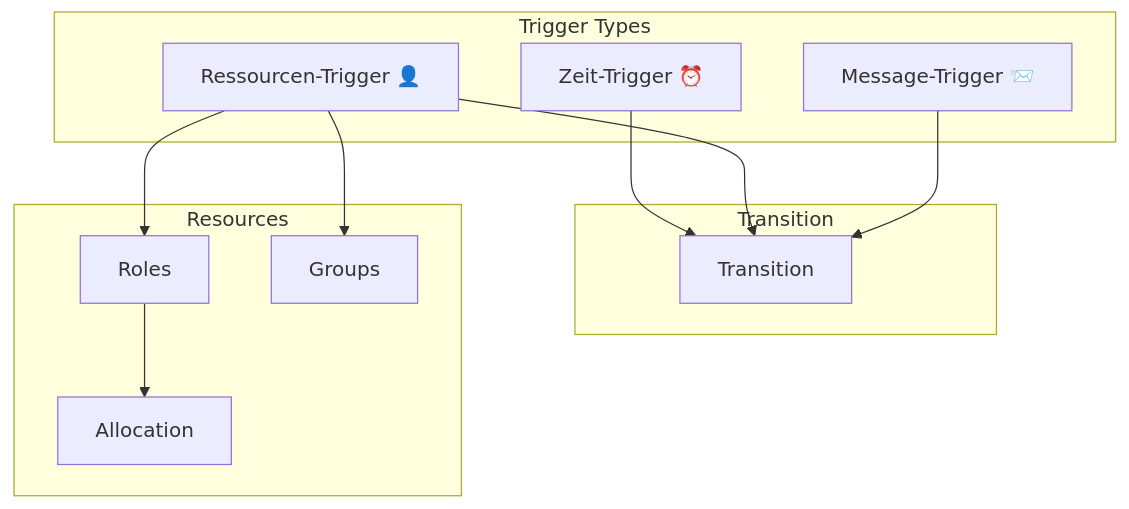
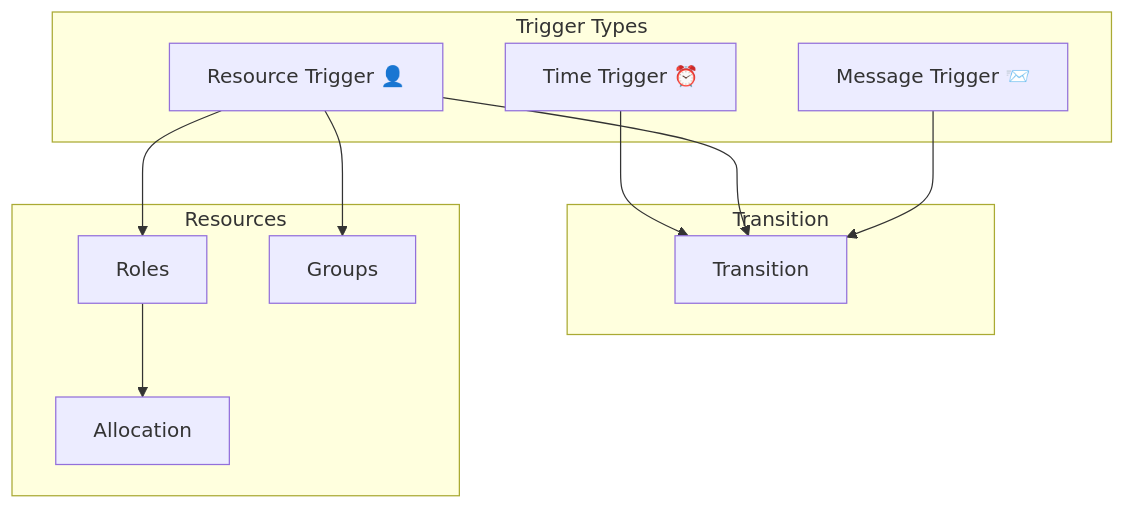
One commit to woped/woped-next changed the first of 4 diagrams in docs/migration/11-triggers-resources.md. Above: the diagram before and after it, drawn with Mermaid. The commit also changed other lines of this file and 24 other files, not shown here.

````diff
--- a/docs/migration/11-triggers-resources.md
+++ b/docs/migration/11-triggers-resources.md
@@ -7,25 +7,25 @@
 ```mermaid
 graph TD
     subgraph Trigger Types
-        TIME[Zeit-Trigger ⏰]
-        RES[Ressourcen-Trigger 👤]
-        MSG[Message-Trigger 📨]
+        TIME[Time Trigger ⏰]
+        RES[Resource Trigger 👤]
+        MSG[Message Trigger 📨]
     end
     
     subgraph Transition
         T[Transition]
     end
     
     subgraph Resources
         ROLE[Roles]
         GROUP[Groups]
         ALLOC[Allocation]
     end
     
     TIME --> T
     RES --> T
     MSG --> T
     RES --> ROLE
     RES --> GROUP
     ROLE --> ALLOC
 ```
````
